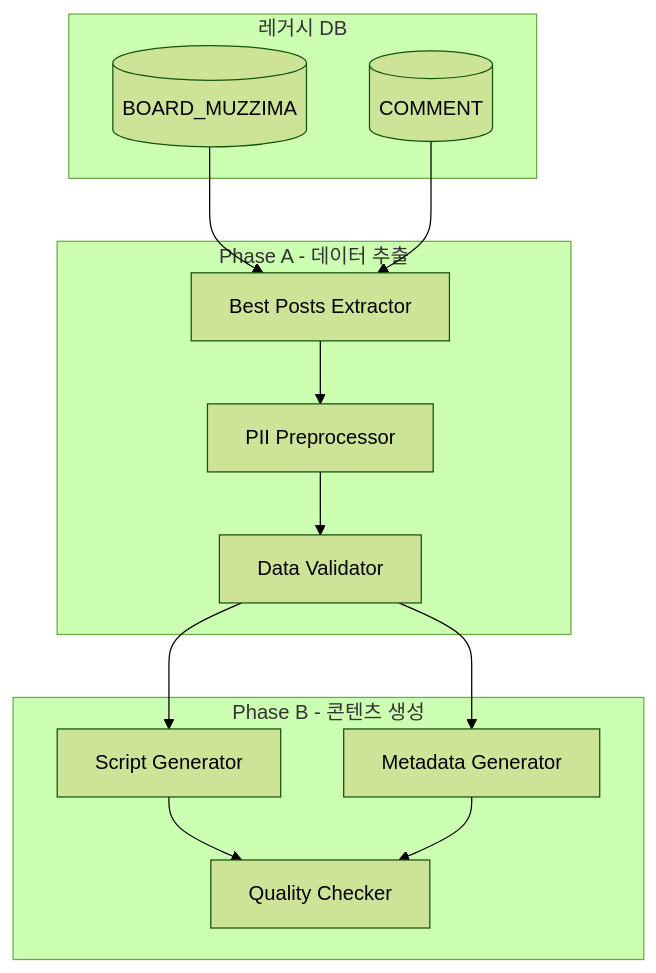
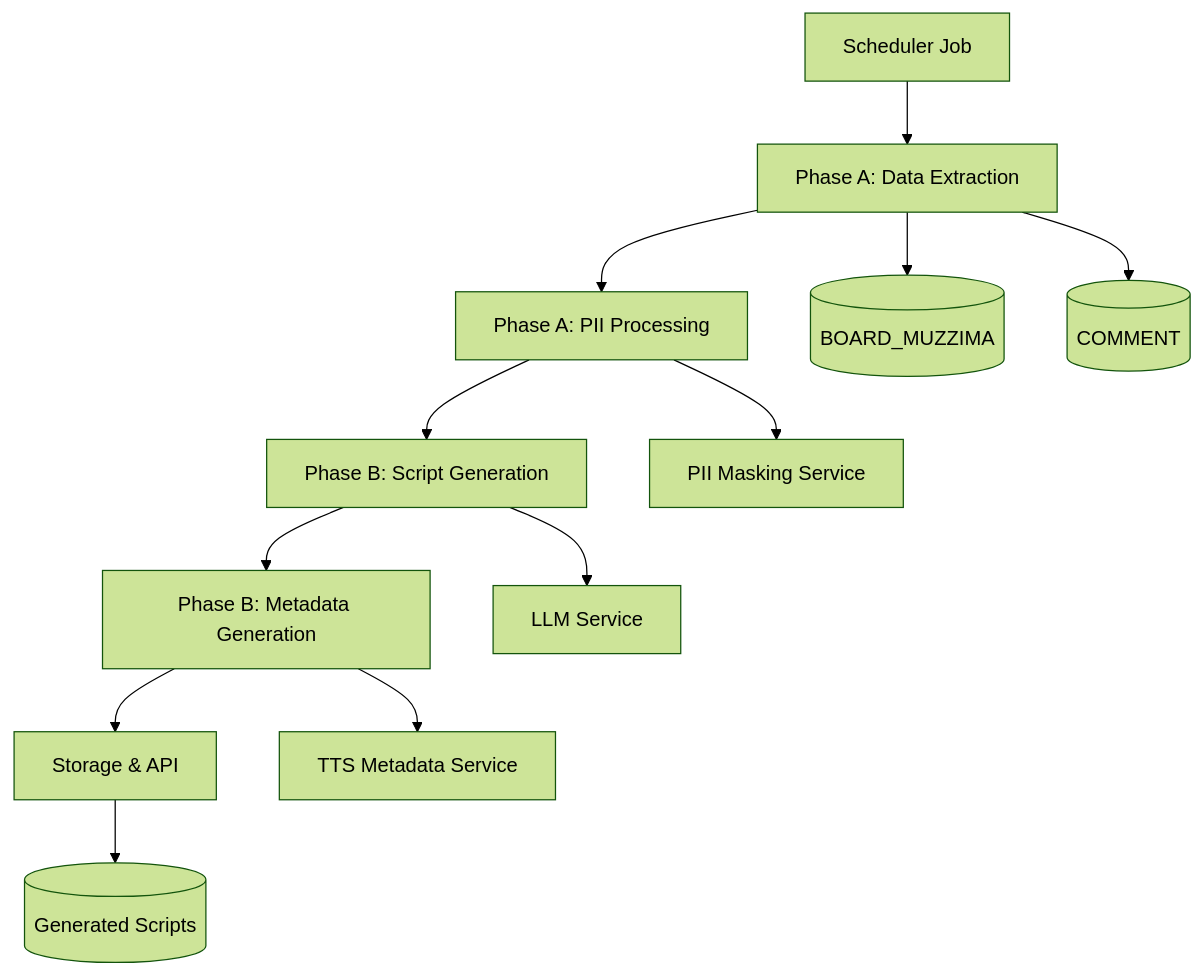
The diagram in ATO-System-B/docs/cases/case7-analysis/SDD.md (Jelly1104/orchestrator), drawn with Mermaid (forest theme) before and after one commit. The commit also changed other lines of this file and 59 other files, not shown here.

````diff
--- a/ATO-System-B/docs/cases/case7-analysis/SDD.md
+++ b/ATO-System-B/docs/cases/case7-analysis/SDD.md
@@ -6,28 +6,15 @@
 ```mermaid
 graph TB
-    subgraph "Phase A - 데이터 추출"
-        A1[Best Posts Extractor]
-        A2[PII Preprocessor]
-        A3[Data Validator]
-    end
+    A[Scheduler Job] --> B[Phase A: Data Extraction]
+    B --> C[Phase A: PII Processing]
+    C --> D[Phase B: Script Generation]
+    D --> E[Phase B: Metadata Generation]
+    E --> F[Storage & API]
     
-    subgraph "Phase B - 콘텐츠 생성"
-        B1[Script Generator]
-        B2[Metadata Generator]
-        B3[Quality Checker]
-    end
-    
-    subgraph "레거시 DB"
-        DB1[(BOARD_MUZZIMA)]
-        DB2[(COMMENT)]
-    end
-    
-    DB1 --> A1
-    DB2 --> A1
-    A1 --> A2
-    A2 --> A3
-    A3 --> B1
-    A3 --> B2
-    B1 --> B3
-    B2 --> B3
+    B --> G[(BOARD_MUZZIMA)]
+    B --> H[(COMMENT)]
+    C --> I[PII Masking Service]
+    D --> J[LLM Service]
+    E --> K[TTS Metadata Service]
+    F --> L[(Generated Scripts)]
 ```
````
